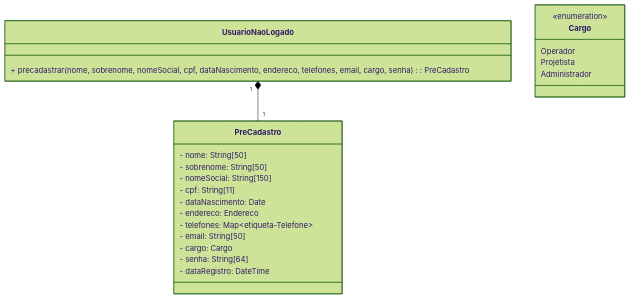
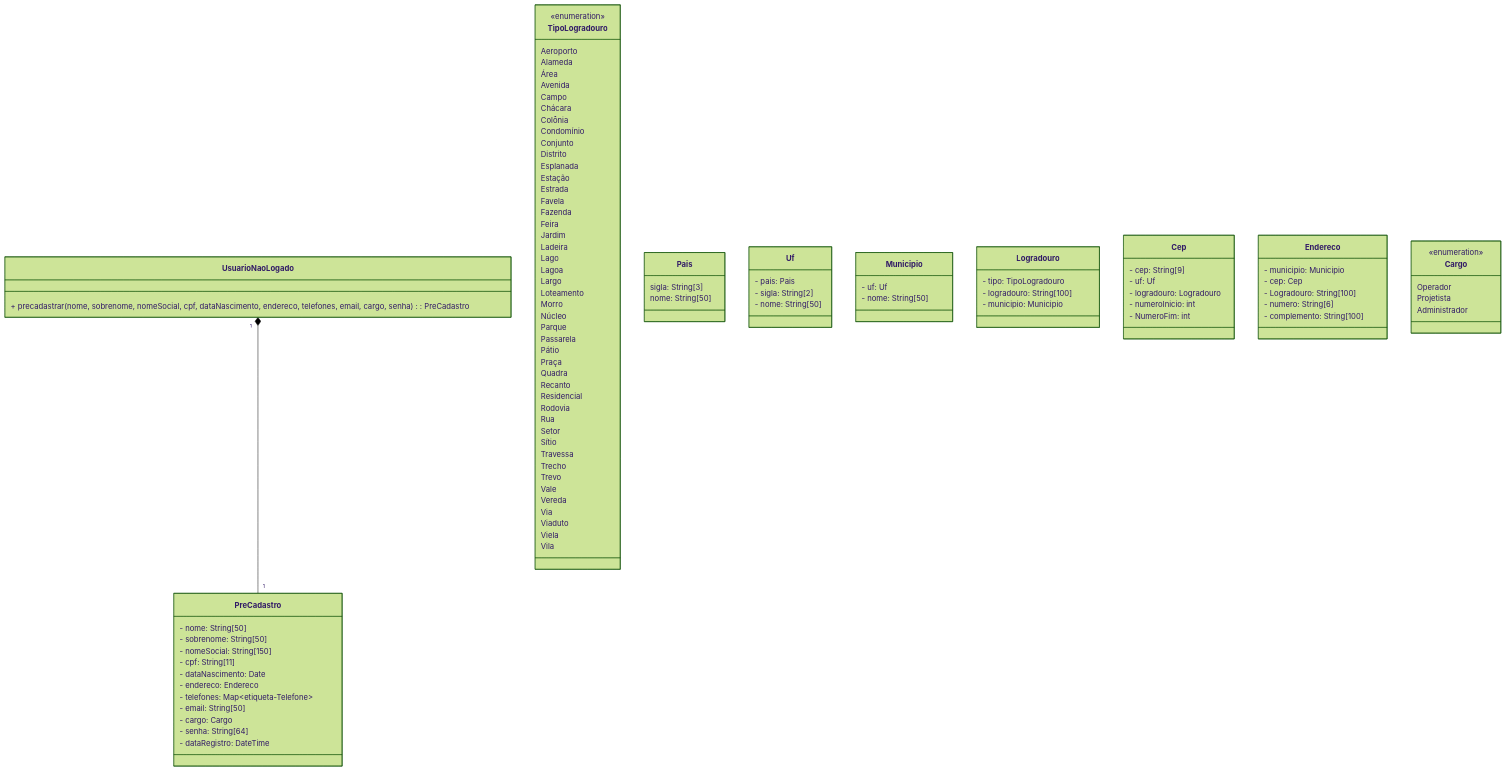
Before and after one commit to PabloBF/minha-fabrica: the diagram in diagrama-de-classes/README.md, drawn with Mermaid (forest theme).

```diff
--- a/diagrama-de-classes/README.md
+++ b/diagrama-de-classes/README.md
@@ -20,6 +20,93 @@
     - dataRegistro: DateTime
     }
     
+    class TipoLogradouro {
+    <<enumeration>>
+    Aeroporto
+    Alameda
+    Área
+    Avenida
+    Campo
+    Chácara
+    Colônia
+    Condomínio
+    Conjunto
+    Distrito
+    Esplanada
+    Estação
+    Estrada
+    Favela
+    Fazenda
+    Feira
+    Jardim
+    Ladeira
+    Lago
+    Lagoa
+    Largo
+    Loteamento
+    Morro
+    Núcleo
+    Parque
+    Passarela
+    Pátio
+    Praça
+    Quadra
+    Recanto
+    Residencial
+    Rodovia
+    Rua
+    Setor
+    Sítio
+    Travessa
+    Trecho
+    Trevo
+    Vale
+    Vereda
+    Via
+    Viaduto
+    Viela
+    Vila
+    }
+    
+    class Pais {
+    sigla: String[3]
+    %% sigla baseada no Código ISO 3166-1 Alpha-3: código de três letras que representa o nome do país. Por exemplo, BRA para Brasil, USA para Estados Unidos, JPN para Japão, etc.
+    nome: String[50]
+    }
+    
+    class Uf {
+    - pais: Pais
+    - sigla: String[2]
+    - nome: String[50]
+    }
+    
+    class Municipio {
+    - uf: Uf
+    - nome: String[50]
+    }
+    
+    class Logradouro {
+    - tipo: TipoLogradouro
+    - logradouro: String[100]
+    - municipio: Municipio
+    }
+    
+    class Cep {
+    - cep: String[9]
+    - uf: Uf
+    - logradouro: Logradouro
+    - numeroInicio: int
+    - NumeroFim: int
+    }
+    
+    class Endereco {
+    - municipio: Municipio
+    - cep: Cep
+    - Logradouro: String[100]
+    - numero: String[6]
+    - complemento: String[100]
+    }
+    
     class Cargo {
       <<enumeration>>
       Operador
```
